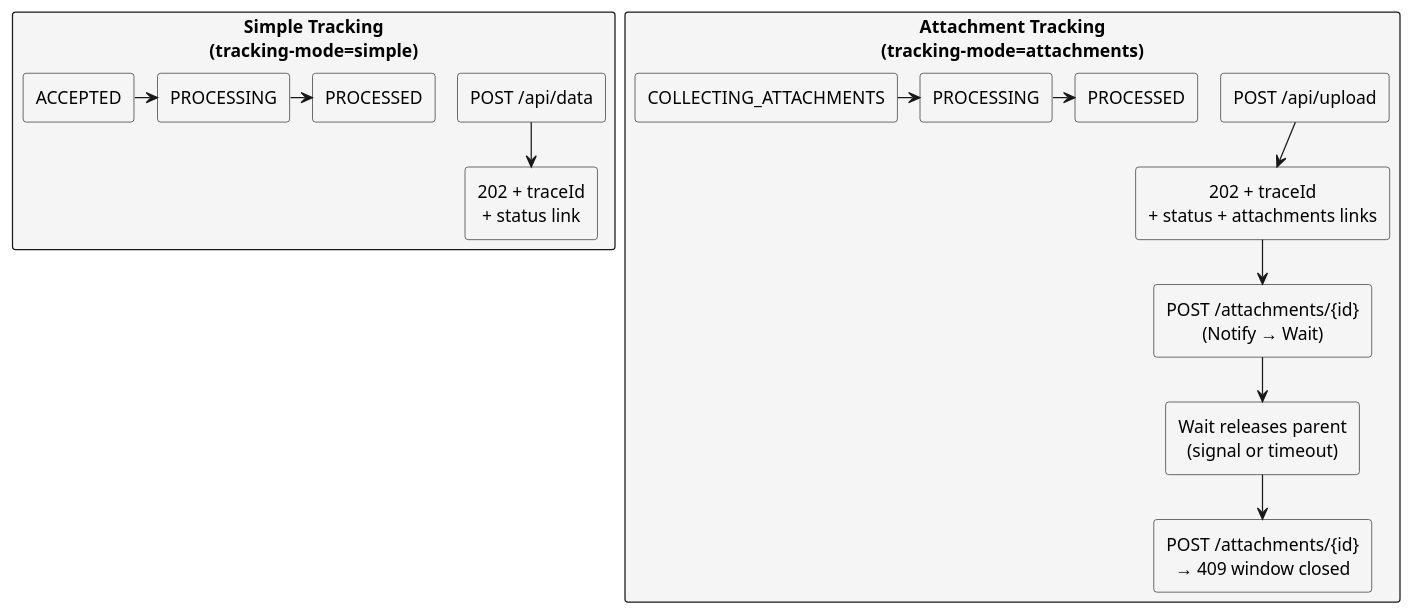
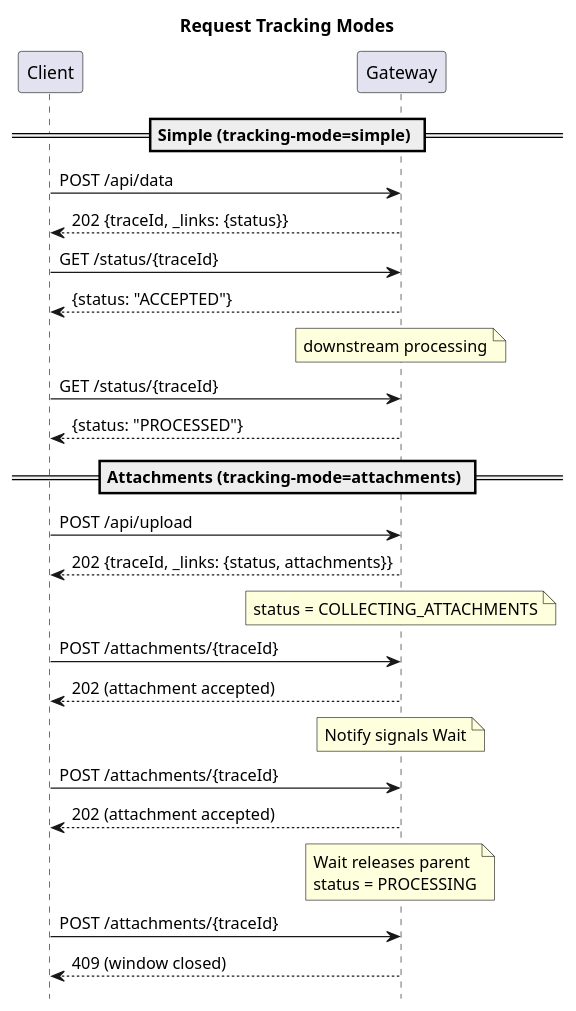
Before and after one commit to cuioss/nifi-extensions: the diagram in doc/plantuml/tracking-modes.puml, drawn with PlantUML. The commit also changed 3 other files, not shown here.

First line of the commit message:
fix: improve PlantUML script and tracking-modes diagram

```diff
--- a/doc/plantuml/tracking-modes.puml
+++ b/doc/plantuml/tracking-modes.puml
@@ -1,40 +1,36 @@
 @startuml
-!pragma layout smetana
-skinparam defaultTextAlignment center
-skinparam rectangleBackgroundColor #f5f5f5
-skinparam noteBorderColor #999999
+hide footbox
 
-together {
-  rectangle "**Simple Tracking**\n(tracking-mode=simple)" as simple {
-    rectangle "POST /api/data" as s1
-    rectangle "202 + traceId\n+ status link" as s2
-    rectangle "ACCEPTED" as s3
-    rectangle "PROCESSING" as s4
-    rectangle "PROCESSED" as s5
+title Request Tracking Modes
 
-    s1 -down-> s2
-    s3 -right-> s4
-    s4 -right-> s5
-  }
-}
+== Simple (tracking-mode=simple) ==
 
-rectangle "**Attachment Tracking**\n(tracking-mode=attachments)" as attach {
-  rectangle "POST /api/upload" as a1
-  rectangle "202 + traceId\n+ status + attachments links" as a2
-  rectangle "POST /attachments/{id}\n(Notify → Wait)" as a3
-  rectangle "Wait releases parent\n(signal or timeout)" as a4
-  rectangle "POST /attachments/{id}\n→ 409 window closed" as a5
+Client -> Gateway : POST /api/data
+Gateway --> Client : 202 {traceId, _links: {status}}
 
-  rectangle "COLLECTING_ATTACHMENTS" as st1
-  rectangle "PROCESSING" as st2
-  rectangle "PROCESSED" as st3
+Client -> Gateway : GET /status/{traceId}
+Gateway --> Client : {status: "ACCEPTED"}
 
-  a1 -down-> a2
-  a2 -down-> a3
-  a3 -down-> a4
-  a4 -down-> a5
+note over Gateway : downstream processing
+Client -> Gateway : GET /status/{traceId}
+Gateway --> Client : {status: "PROCESSED"}
 
-  st1 -right-> st2
-  st2 -right-> st3
-}
+== Attachments (tracking-mode=attachments) ==
+
+Client -> Gateway : POST /api/upload
+Gateway --> Client : 202 {traceId, _links: {status, attachments}}
+
+note over Gateway : status = COLLECTING_ATTACHMENTS
+
+Client -> Gateway : POST /attachments/{traceId}
+Gateway --> Client : 202 (attachment accepted)
+note over Gateway : Notify signals Wait
+
+Client -> Gateway : POST /attachments/{traceId}
+Gateway --> Client : 202 (attachment accepted)
+note over Gateway : Wait releases parent\nstatus = PROCESSING
+
+Client -> Gateway : POST /attachments/{traceId}
+Gateway --> Client : 409 (window closed)
+
 @enduml
```
